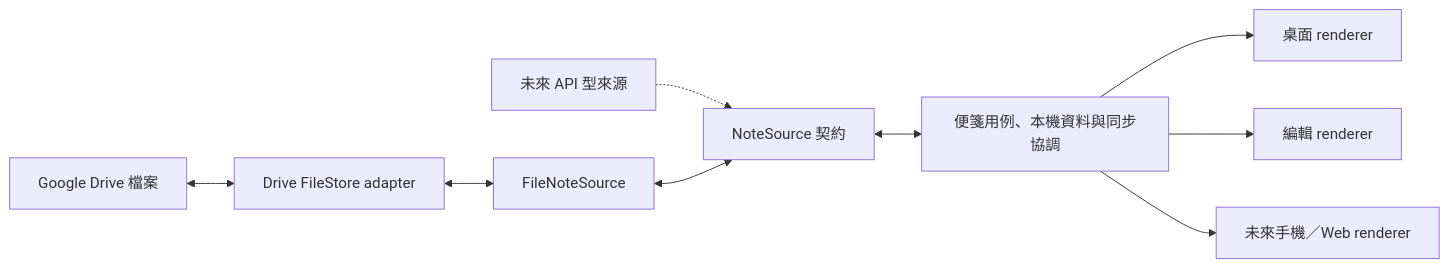
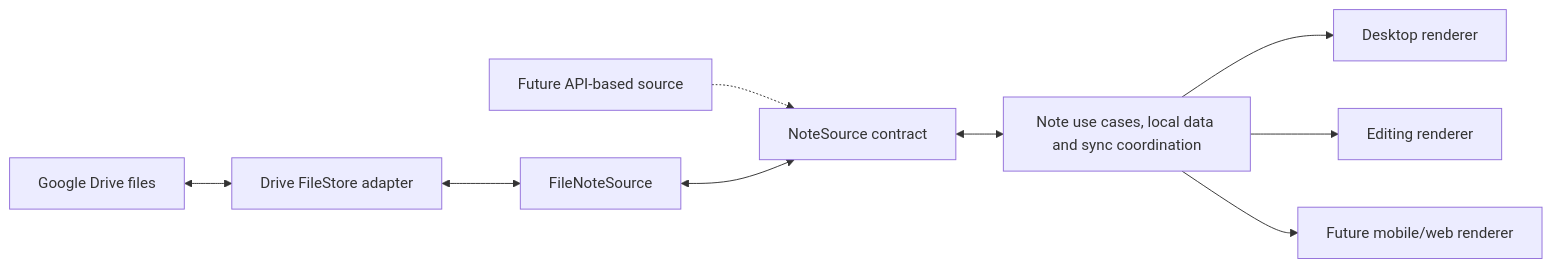
Before and after one commit to sammykenny2/desktop-work-fleet: the diagram in docs/research/2026-10-03-google-drive-notes-mvp-feasibility.md, drawn with Mermaid. The commit also changed other lines of this file and 130 other files, not shown here.

````diff
--- a/docs/research/2026-10-03-google-drive-notes-mvp-feasibility.md
+++ b/docs/research/2026-10-03-google-drive-notes-mvp-feasibility.md
@@ -81,11 +81,11 @@
 ```mermaid
 flowchart LR
-  Drive[Google Drive 檔案] <--> Storage[Drive FileStore adapter]
+  Drive[Google Drive files] <--> Storage[Drive FileStore adapter]
   Storage <--> Source[FileNoteSource]
-  Future[未來 API 型來源] -.-> Contract[NoteSource 契約]
+  Future[Future API-based source] -.-> Contract[NoteSource contract]
   Source <--> Contract
-  Contract <--> Core[便箋用例、本機資料與同步協調]
-  Core --> Desktop[桌面 renderer]
-  Core --> Editor[編輯 renderer]
-  Core --> Mobile[未來手機／Web renderer]
+  Contract <--> Core[Note use cases, local data and sync coordination]
+  Core --> Desktop[Desktop renderer]
+  Core --> Editor[Editing renderer]
+  Core --> Mobile[Future mobile/web renderer]
 ```
````
